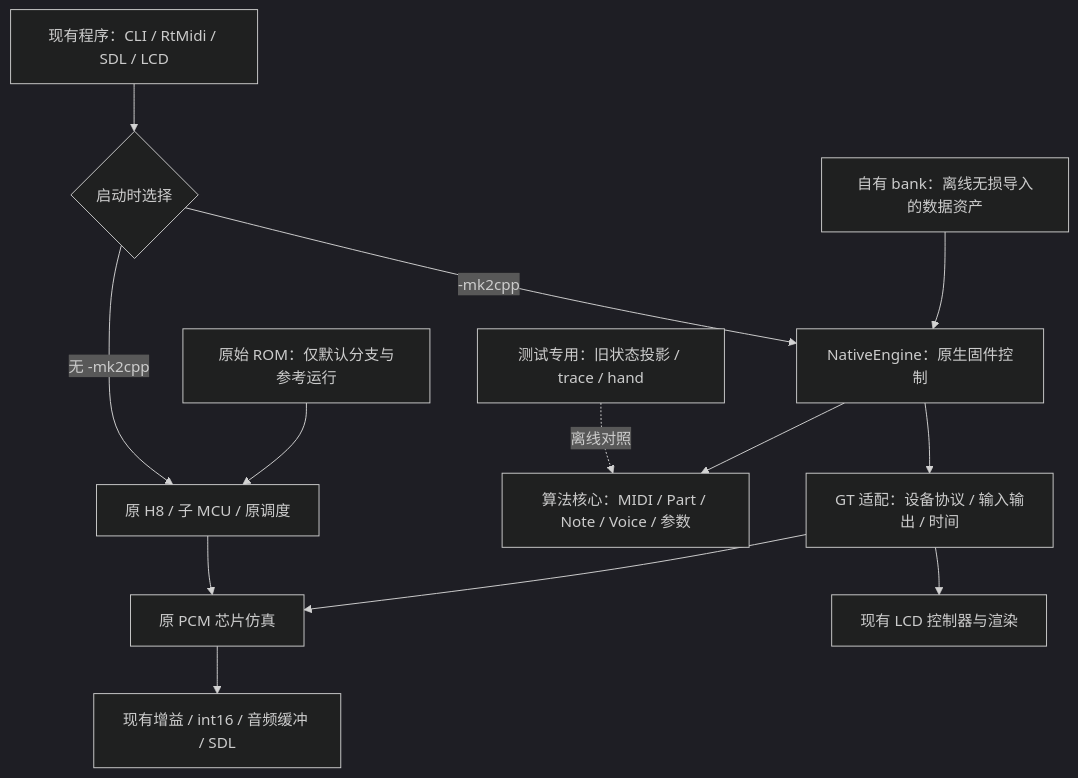
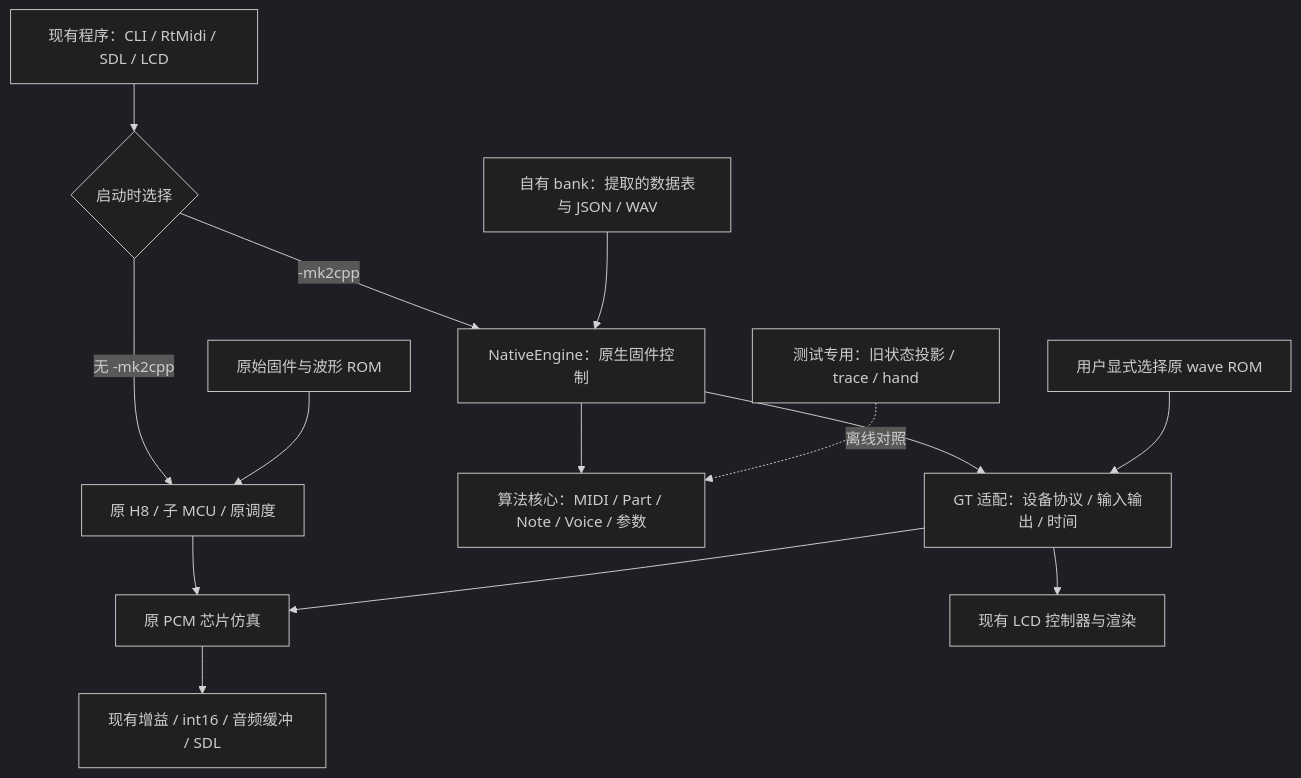
Before and after one commit to CHFreezer/Nuked-SC55: the diagram in mk2cpp/docs/14_m45_native_architecture.md, drawn with Mermaid (dark theme). The commit also changed other lines of this file and 8 other files, not shown here.

Commit message:
简化透明 bank 为元数据与 WAV 提取，分开音源验收

````diff
--- a/mk2cpp/docs/14_m45_native_architecture.md
+++ b/mk2cpp/docs/14_m45_native_architecture.md
@@ -36,15 +36,16 @@
 ```mermaid
 flowchart TD
     Host[现有程序：CLI / RtMidi / SDL / LCD] --> Select{启动时选择}
     Select -->|无 -mk2cpp| Legacy[原 H8 / 子 MCU / 原调度]
     Select -->|-mk2cpp| Native[NativeEngine：原生固件控制]
-    Original[原始 ROM：仅默认分支与参考运行] --> Legacy
-    Bank[自有 bank：离线无损导入的数据资产] --> Native
+    Original[原始固件与波形 ROM] --> Legacy
+    Bank[自有 bank：提取的数据表与 JSON / WAV] --> Native
     Native --> Core[算法核心：MIDI / Part / Note / Voice / 参数]
     Native --> Ports[GT 适配：设备协议 / 输入输出 / 时间]
     Legacy --> PCM[原 PCM 芯片仿真]
     Ports --> PCM
+    Wave[用户显式选择原 wave ROM] --> Ports
     PCM --> Audio[现有增益 / int16 / 音频缓冲 / SDL]
     Ports --> LCD[现有 LCD 控制器与渲染]
     Ref[测试专用：旧状态投影 / trace / hand] -.离线对照.-> Core
 ```
````
